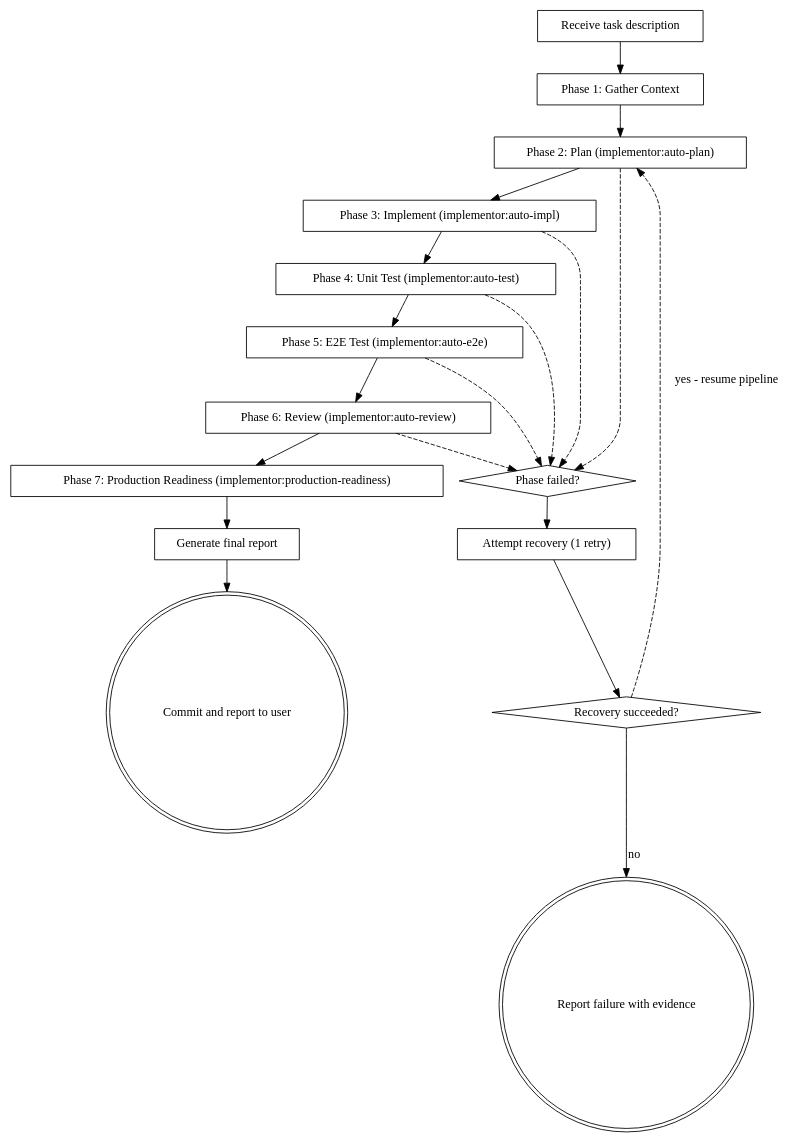
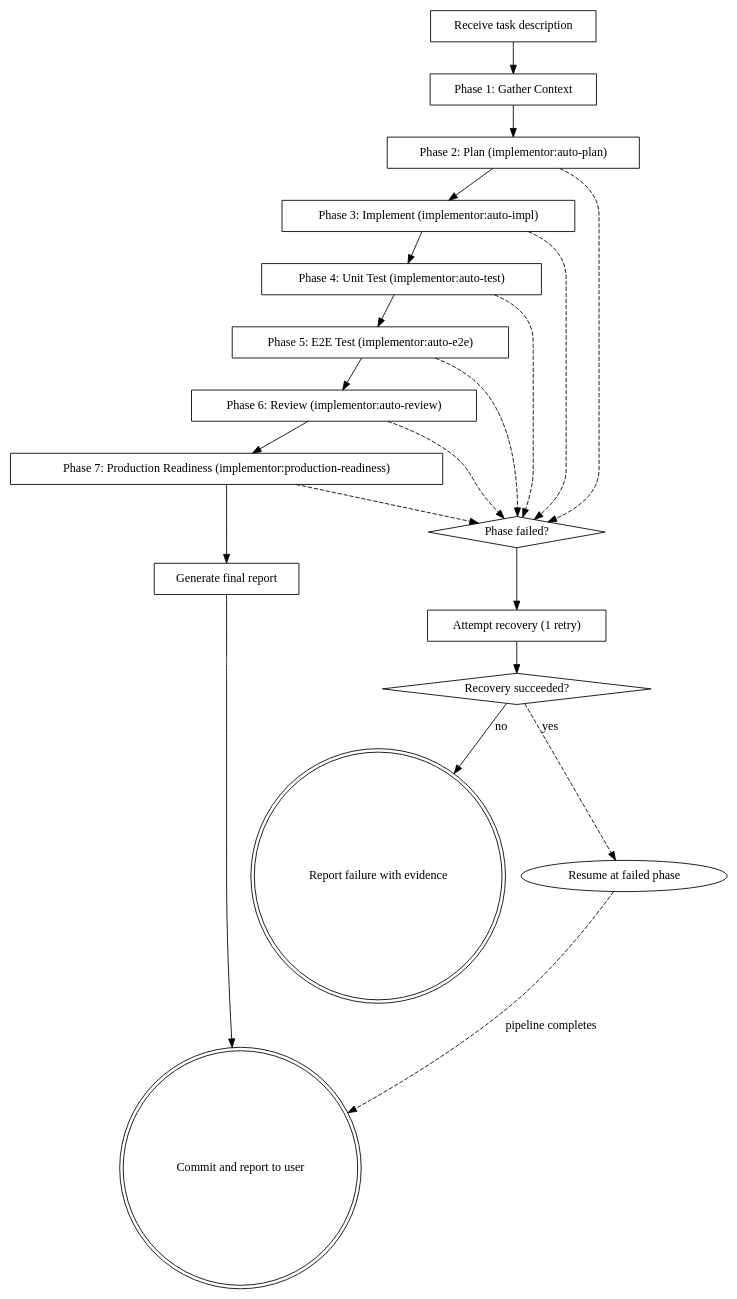
The diagram in skills/run/SKILL.md (hybriden/shipwright), drawn with Graphviz before and after one commit. The commit also changed other lines of this file and 7 other files, not shown here.

````diff
--- a/skills/run/SKILL.md
+++ b/skills/run/SKILL.md
@@ -32,40 +32,42 @@
 ```dot
 digraph run_pipeline {
     rankdir=TB;
 
     "Receive task description" [shape=box];
     "Phase 1: Gather Context" [shape=box];
     "Phase 2: Plan (implementor:auto-plan)" [shape=box];
     "Phase 3: Implement (implementor:auto-impl)" [shape=box];
     "Phase 4: Unit Test (implementor:auto-test)" [shape=box];
     "Phase 5: E2E Test (implementor:auto-e2e)" [shape=box];
     "Phase 6: Review (implementor:auto-review)" [shape=box];
     "Phase 7: Production Readiness (implementor:production-readiness)" [shape=box];
     "Generate final report" [shape=box];
     "Commit and report to user" [shape=doublecircle];
     "Phase failed?" [shape=diamond];
     "Attempt recovery (1 retry)" [shape=box];
     "Recovery succeeded?" [shape=diamond];
     "Report failure with evidence" [shape=doublecircle];
 
     "Receive task description" -> "Phase 1: Gather Context";
     "Phase 1: Gather Context" -> "Phase 2: Plan (implementor:auto-plan)";
     "Phase 2: Plan (implementor:auto-plan)" -> "Phase 3: Implement (implementor:auto-impl)";
     "Phase 3: Implement (implementor:auto-impl)" -> "Phase 4: Unit Test (implementor:auto-test)";
     "Phase 4: Unit Test (implementor:auto-test)" -> "Phase 5: E2E Test (implementor:auto-e2e)";
     "Phase 5: E2E Test (implementor:auto-e2e)" -> "Phase 6: Review (implementor:auto-review)";
     "Phase 6: Review (implementor:auto-review)" -> "Phase 7: Production Readiness (implementor:production-readiness)";
     "Phase 7: Production Readiness (implementor:production-readiness)" -> "Generate final report";
     "Generate final report" -> "Commit and report to user";
 
     "Phase 2: Plan (implementor:auto-plan)" -> "Phase failed?" [style=dashed];
     "Phase 3: Implement (implementor:auto-impl)" -> "Phase failed?" [style=dashed];
     "Phase 4: Unit Test (implementor:auto-test)" -> "Phase failed?" [style=dashed];
     "Phase 5: E2E Test (implementor:auto-e2e)" -> "Phase failed?" [style=dashed];
     "Phase 6: Review (implementor:auto-review)" -> "Phase failed?" [style=dashed];
+    "Phase 7: Production Readiness (implementor:production-readiness)" -> "Phase failed?" [style=dashed];
     "Phase failed?" -> "Attempt recovery (1 retry)";
     "Attempt recovery (1 retry)" -> "Recovery succeeded?";
-    "Recovery succeeded?" -> "Phase 2: Plan (implementor:auto-plan)" [label="yes - resume pipeline" style=dashed];
+    "Recovery succeeded?" -> "Resume at failed phase" [label="yes" style=dashed];
+    "Resume at failed phase" -> "Commit and report to user" [label="pipeline completes" style=dashed];
     "Recovery succeeded?" -> "Report failure with evidence" [label="no"];
 }
 ```
````
